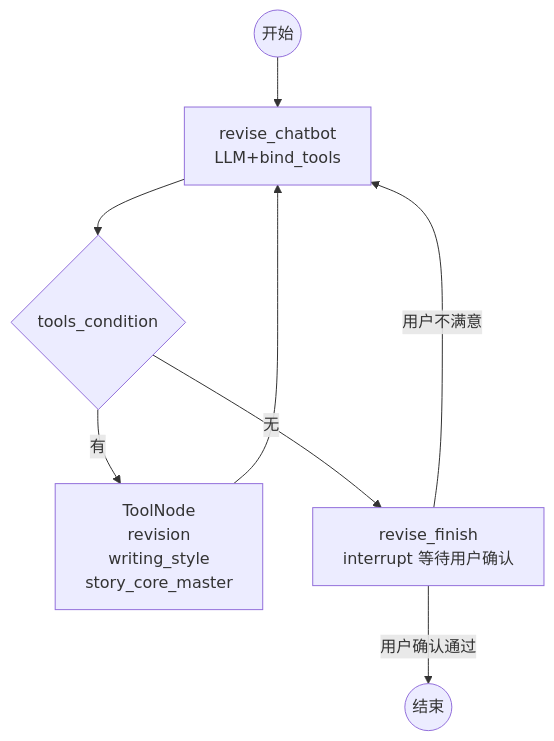
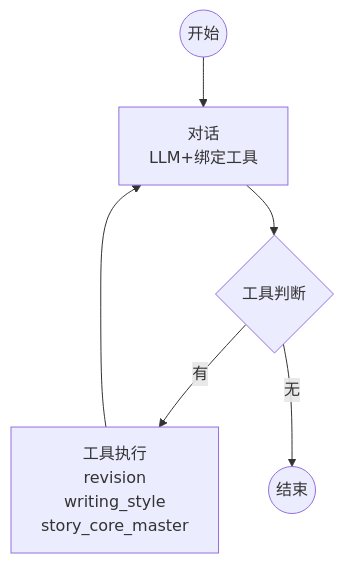
The diagram in langgraph-writer/docs/subgraph_修改.mmd (30998772/novelist), drawn with Mermaid before and after one commit. The commit also changed 20 other files, not shown here.

Commit message:
主子图设计

```diff
--- a/langgraph-writer/docs/subgraph_修改.mmd
+++ b/langgraph-writer/docs/subgraph_修改.mmd
@@ -1,8 +1,6 @@
 graph TB
-    START((开始)) --> CHATBOT["revise_chatbot<br/>LLM+bind_tools"]
-    CHATBOT --> TC{"tools_condition"}
-    TC -- "有" --> TOOLS["ToolNode<br/>revision<br/>writing_style<br/>story_core_master"]
-    TC -- "无" --> FINISH["revise_finish<br/>interrupt 等待用户确认"]
-    TOOLS --> CHATBOT
-    FINISH -- "用户确认通过" --> END((结束))
-    FINISH -- "用户不满意" --> CHATBOT
+    开始((开始)) --> 对话["对话<br/>LLM+绑定工具"]
+    对话 --> 工具判断{"工具判断"}
+    工具判断 -- "有" --> 工具["工具执行<br/>revision<br/>writing_style<br/>story_core_master"]
+    工具判断 -- "无" --> 结束((结束))
+    工具 --> 对话
```
